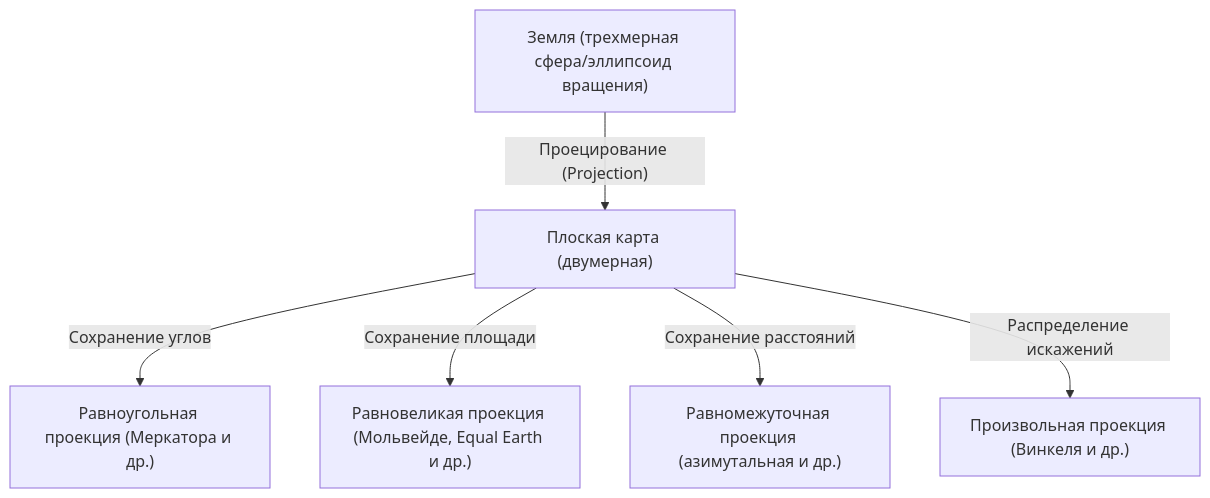
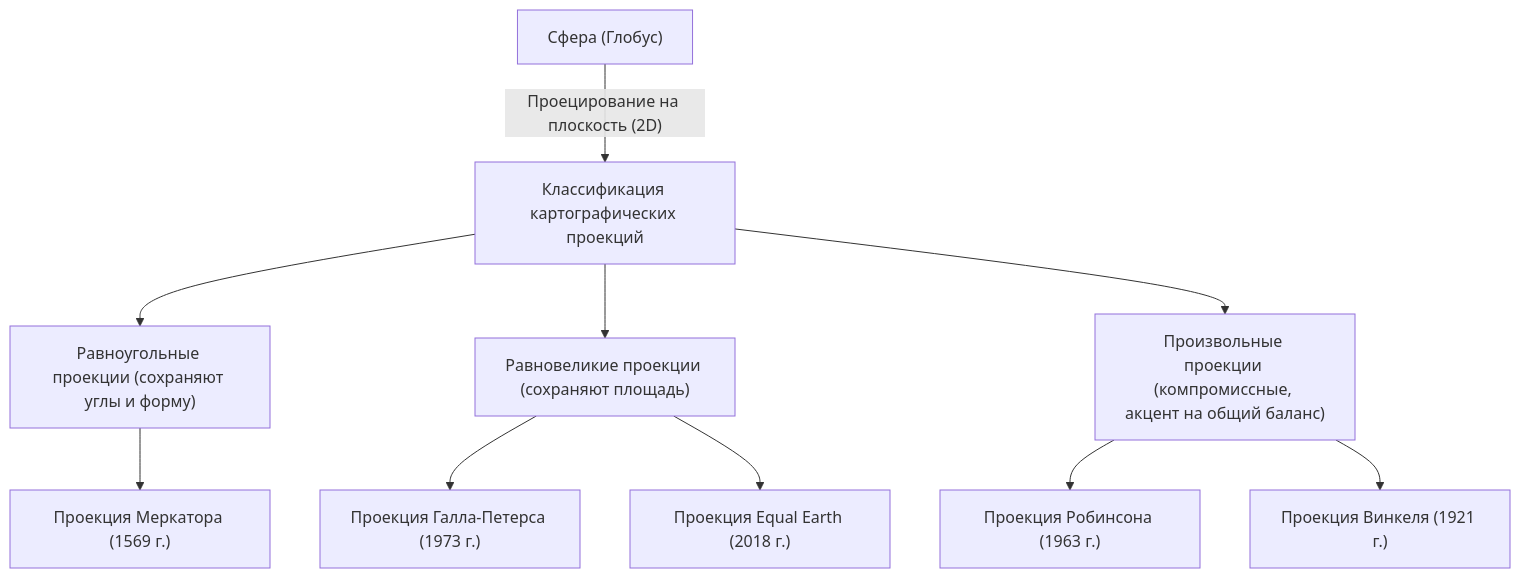
Before and after one commit to kenjinote/blog: the diagram in content/post/history-of-map-projections/index.ru.md, drawn with Mermaid. The commit also changed other lines of this file and 129 other files, not shown here.

````diff
--- a/content/post/history-of-map-projections/index.ru.md
+++ b/content/post/history-of-map-projections/index.ru.md
@@ -19,8 +30,13 @@
 ```mermaid
 graph TD
-    A["Земля (трехмерная сфера/эллипсоид вращения)"] -- "Проецирование (Projection)" --> B["Плоская карта (двумерная)"]
-    B -- "Сохранение углов" --> C["Равноугольная проекция (Меркатора и др.)"]
-    B -- "Сохранение площади" --> D["Равновеликая проекция (Мольвейде, Equal Earth и др.)"]
-    B -- "Сохранение расстояний" --> E["Равномежуточная проекция (азимутальная и др.)"]
-    B -- "Распределение искажений" --> F["Произвольная проекция (Винкеля и др.)"]
+    A["Сфера (Глобус)"] -->|"Проецирование на плоскость (2D)"| B["Классификация картографических проекций"]
+    B --> C["Равноугольные проекции (сохраняют углы и форму)"]
+    B --> D["Равновеликие проекции (сохраняют площадь)"]
+    B --> E["Произвольные проекции (компромиссные, акцент на общий баланс)"]
+    
+    C --> F["Проекция Меркатора (1569 г.)"]
+    D --> G["Проекция Галла-Петерса (1973 г.)"]
+    D --> H["Проекция Equal Earth (2018 г.)"]
+    E --> I["Проекция Робинсона (1963 г.)"]
+    E --> J["Проекция Винкеля (1921 г.)"]
 ```
````
